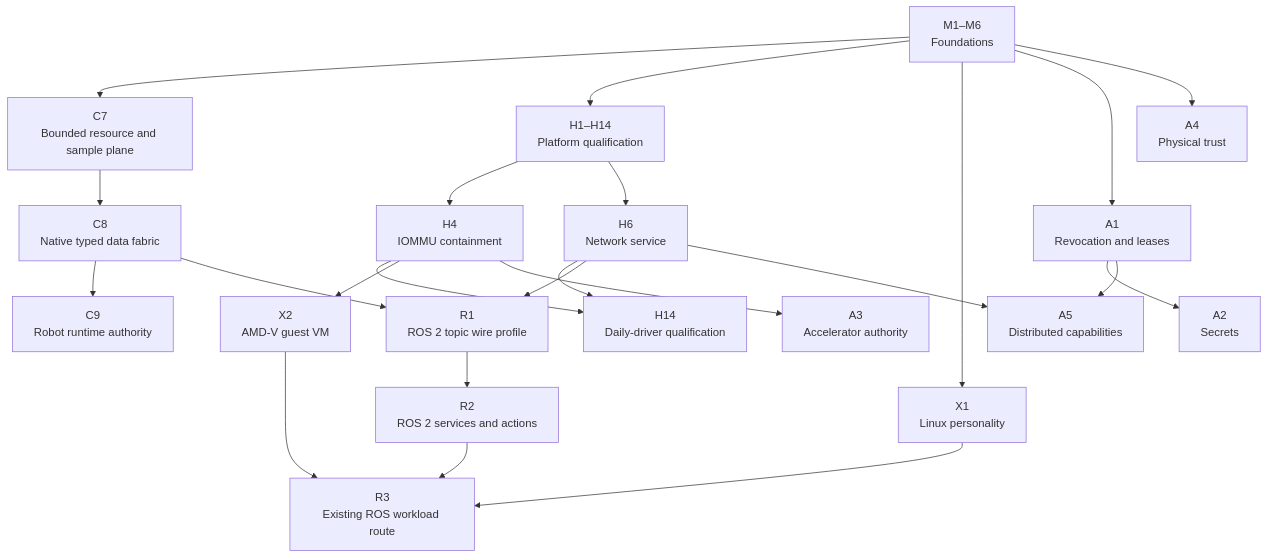
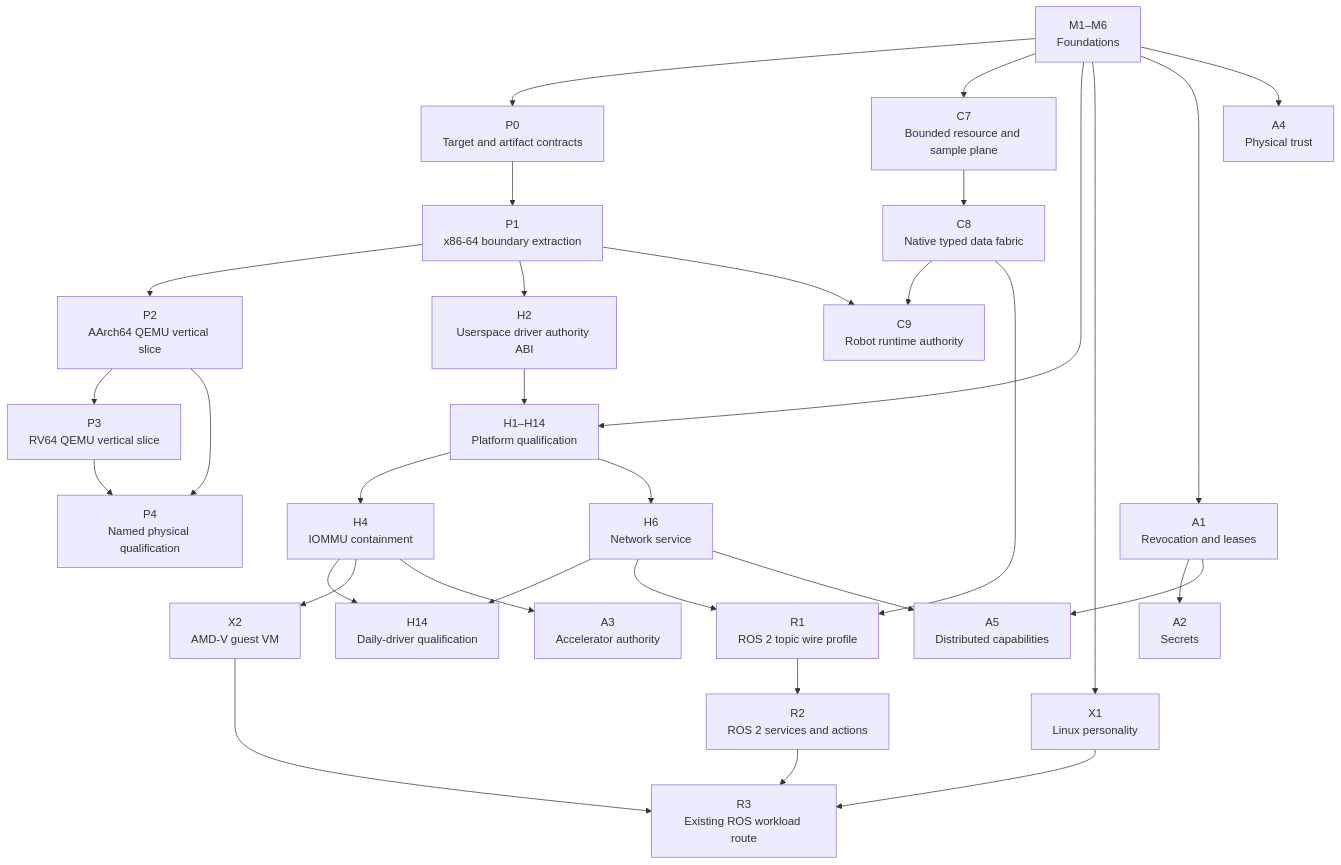
One commit to iceice666/slime_os changed the first of 2 diagrams in roadmap/README.md. Above: the diagram before and after it, drawn with Mermaid. The commit also changed other lines of this file and 7 other files, not shown here.

Commit message:
docs(repo/roadmap): add architecture portability track

````diff
--- a/roadmap/README.md
+++ b/roadmap/README.md
@@ -31,46 +33,59 @@
 ```mermaid
 flowchart TD
     Foundations["M1–M6<br/>Foundations"]
+    P0["P0<br/>Target and artifact contracts"]
+    P1["P1<br/>x86-64 boundary extraction"]
+    P2["P2<br/>AArch64 QEMU vertical slice"]
+    P3["P3<br/>RV64 QEMU vertical slice"]
+    P4["P4<br/>Named physical qualification"]
 
     C7["C7<br/>Bounded resource and sample plane"]
     C8["C8<br/>Native typed data fabric"]
     C9["C9<br/>Robot runtime authority"]
+    H2["H2<br/>Userspace driver authority ABI"]
 
     R1["R1<br/>ROS 2 topic wire profile"]
     R2["R2<br/>ROS 2 services and actions"]
     R3["R3<br/>Existing ROS workload route"]
 
     Hardware["H1–H14<br/>Platform qualification"]
     H4["H4<br/>IOMMU containment"]
     H6["H6<br/>Network service"]
     H14["H14<br/>Daily-driver qualification"]
 
     X1["X1<br/>Linux personality"]
     X2["X2<br/>AMD-V guest VM"]
 
     A1["A1<br/>Revocation and leases"]
     A2["A2<br/>Secrets"]
     A3["A3<br/>Accelerator authority"]
     A4["A4<br/>Physical trust"]
     A5["A5<br/>Distributed capabilities"]
 
+    Foundations --> P0 --> P1 --> P2 --> P3
+    P2 --> P4
+    P3 --> P4
+    P1 --> H2
+    P1 --> C9
+
     Foundations --> C7 --> C8
     C8 --> C9
     C8 --> R1 --> R2 --> R3
 
     Foundations --> Hardware
+    H2 --> Hardware
     Hardware --> H4
     Hardware --> H6
     H4 --> H14
     H6 --> H14
 
     H6 --> R1
     Foundations --> X1 --> R3
     H4 --> X2 --> R3
 
     Foundations --> A1 --> A2
     H4 --> A3
     Foundations --> A4
     A1 --> A5
     H6 --> A5
 ```
````
